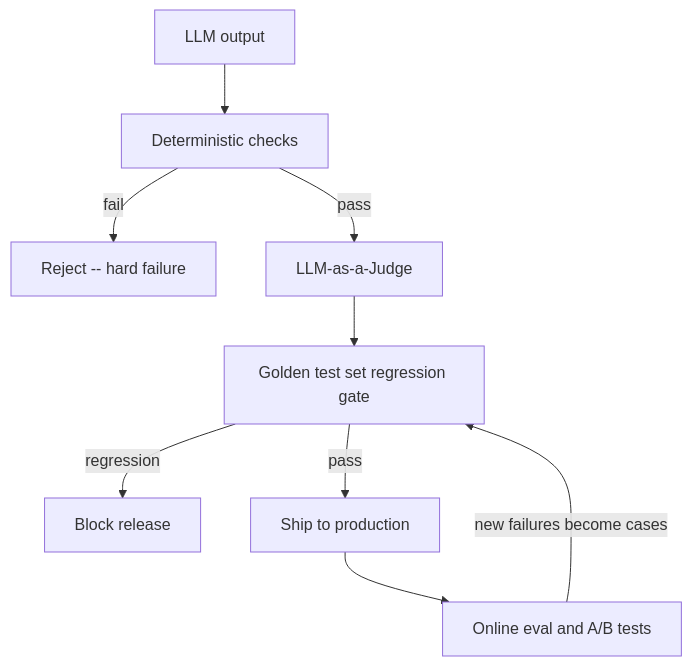
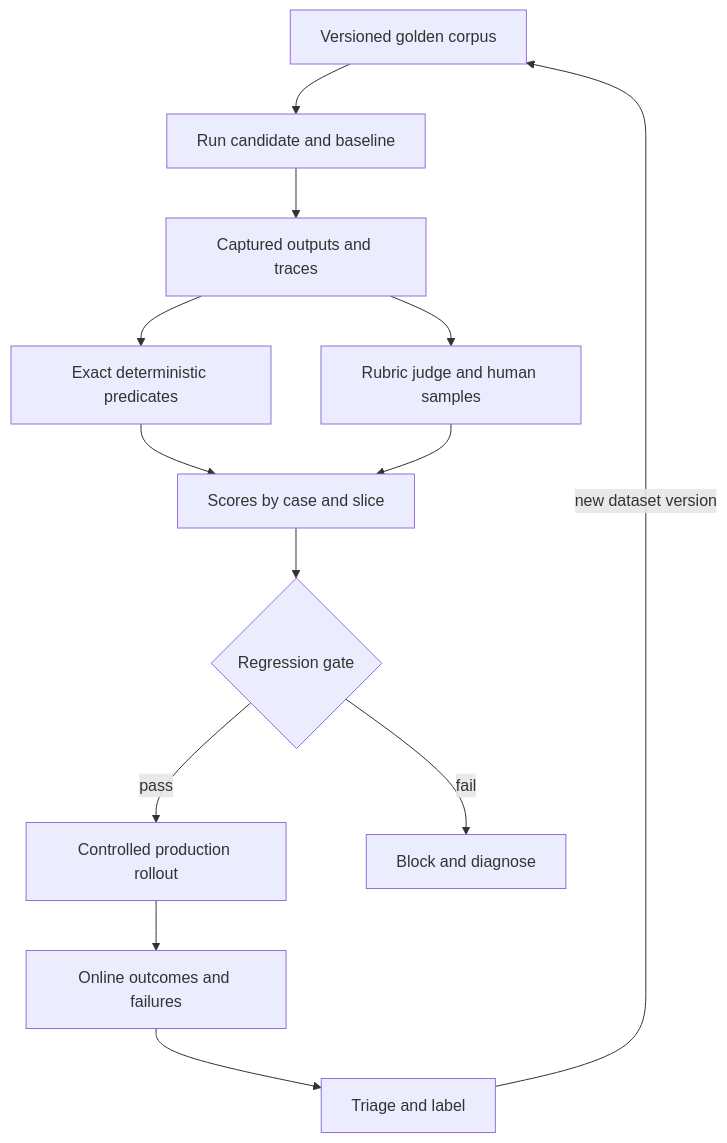
One commit to grafanaKibana/devbook.zip changed the diagram in Vault/Home/AI & ML/LLM/Evaluation/Evaluation.md. Above: the diagram before and after it, drawn with Mermaid. The commit also changed other lines of this file and 349 other files, not shown here.

````diff
--- a/Vault/Home/AI & ML/LLM/Evaluation/Evaluation.md
+++ b/Vault/Home/AI & ML/LLM/Evaluation/Evaluation.md
@@ -29,11 +29,15 @@
 ```mermaid
 flowchart TD
-    O[LLM output] --> D[Deterministic checks]
-    D -->|fail| R[Reject -- hard failure]
-    D -->|pass| J[LLM-as-a-Judge]
-    J --> G[Golden test set regression gate]
-    G -->|regression| F[Block release]
-    G -->|pass| P[Ship to production]
-    P --> ON[Online eval and A/B tests]
-    ON -->|new failures become cases| G
+    G[Versioned golden corpus] --> R[Run candidate and baseline]
+    R --> O[Captured outputs and traces]
+    O --> X[Exact deterministic predicates]
+    O --> J[Rubric judge and human samples]
+    X --> S[Scores by case and slice]
+    J --> S
+    S --> C{Regression gate}
+    C -->|pass| P[Controlled production rollout]
+    C -->|fail| F[Block and diagnose]
+    P --> ON[Online outcomes and failures]
+    ON --> T[Triage and label]
+    T -->|new dataset version| G
 ```
````
